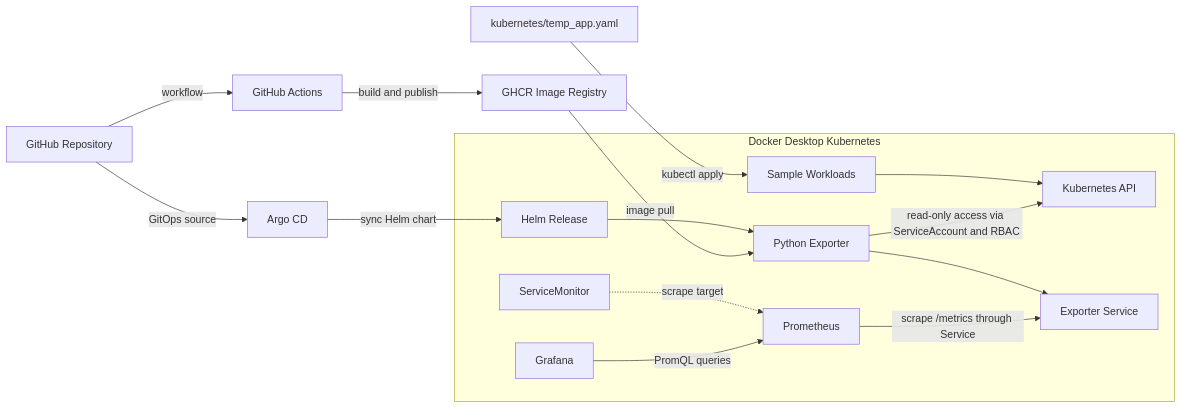
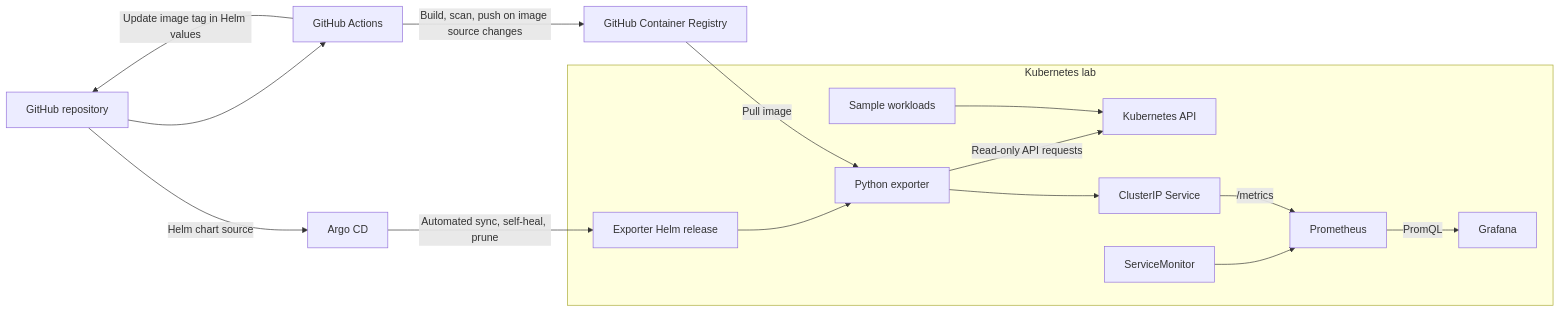
One commit to dandapss/DevOpsLab-k8s_monitoring changed the diagram in README.md. Above: the diagram before and after it, drawn with Mermaid. The commit also changed other lines of this file and 1 other file, not shown here.

````diff
--- a/README.md
+++ b/README.md
@@ -9,34 +7,21 @@
 ```mermaid
 flowchart LR
-    Repo[GitHub Repository]
-    Actions[GitHub Actions]
-    Registry[GHCR Image Registry]
-    Argo[Argo CD]
+    Git[GitHub repository] --> CI[GitHub Actions]
+    CI -->|Build, scan, push on image source changes| GHCR[GitHub Container Registry]
+    CI -->|Update image tag in Helm values| Git
+    Git -->|Helm chart source| Argo[Argo CD]
 
-    Repo -->|workflow| Actions
-    Actions -->|build and publish| Registry
-    Repo -->|GitOps source| Argo
-
-    subgraph Cluster[Docker Desktop Kubernetes]
-        Chart[Helm Release]
-        Workloads[Sample Workloads]
+    subgraph Cluster[Kubernetes lab]
         API[Kubernetes API]
-        Exporter[Python Exporter]
-        Service[Exporter Service]
-        SM[ServiceMonitor]
-        Prom[Prometheus]
-        Grafana[Grafana]
-
-        Chart --> Exporter
-        Workloads --> API
-        Exporter -->|read-only access via ServiceAccount and RBAC| API
-        Exporter --> Service
-        SM -. scrape target .-> Prom
-        Prom -->|scrape /metrics through Service| Service
-        Grafana -->|PromQL queries| Prom
+        Chart[Exporter Helm release] --> Exporter[Python exporter]
+        Exporter -->|Read-only API requests| API
+        Exporter --> Svc[ClusterIP Service]
+        SM[ServiceMonitor] --> Prom[Prometheus]
+        Svc -->|/metrics| Prom
+        Prom -->|PromQL| Grafana[Grafana]
+        Sample[Sample workloads] --> API
     end
 
-    Argo -->|sync Helm chart| Chart
-    Registry -->|image pull| Exporter
-    Manifest[kubernetes/temp_app.yaml] -->|kubectl apply| Workloads
+    Argo -->|Automated sync, self-heal, prune| Chart
+    GHCR -->|Pull image| Exporter
 ```
````
